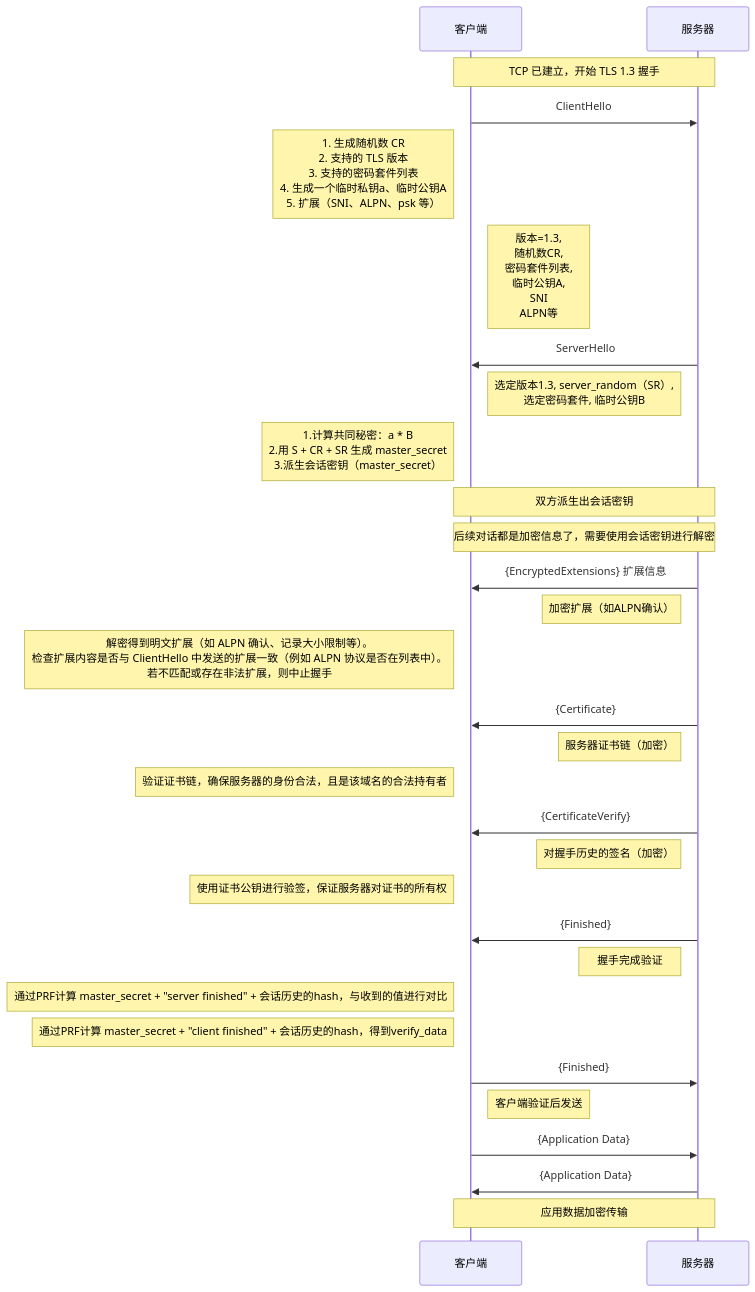
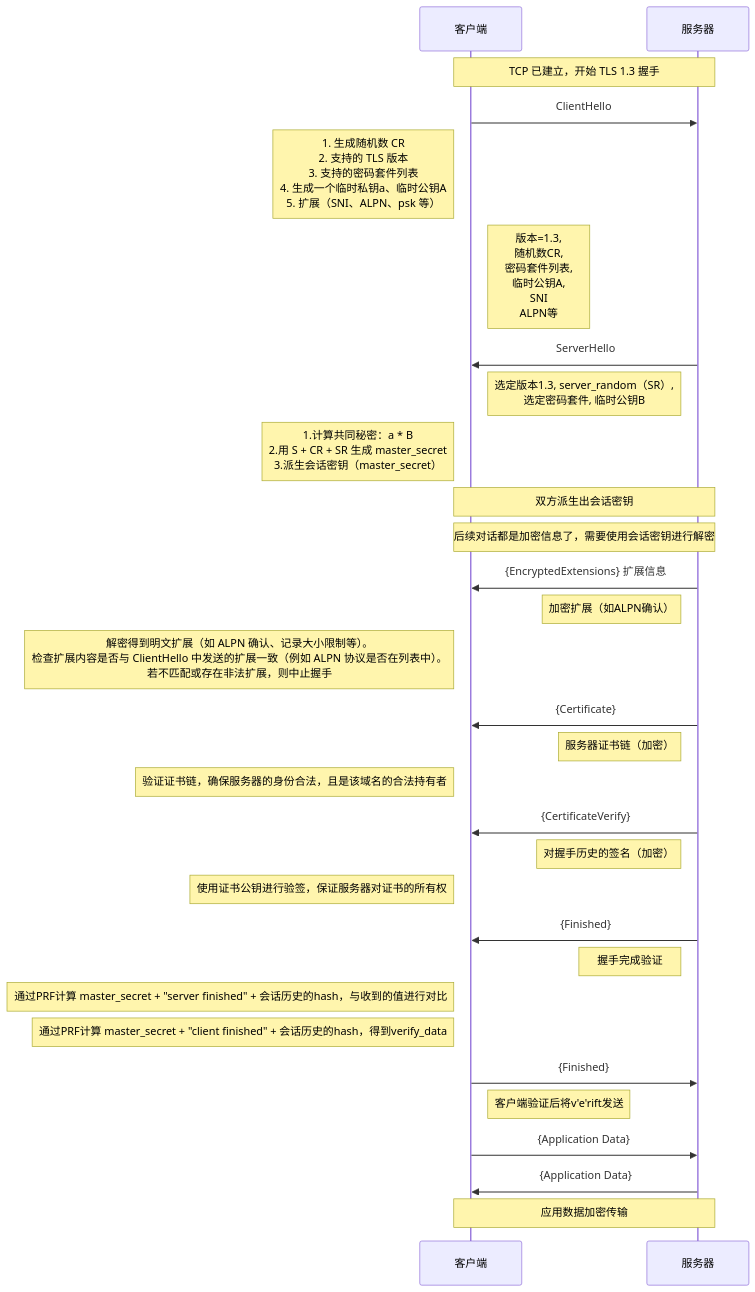
Before and after one commit to HY-10-8/iodraw-files: the diagram in all/TLS-1.3-通用.md, drawn with Mermaid.

Commit message:
2026-03-30 19:03:11 update

````diff
--- a/all/TLS-1.3-通用.md
+++ b/all/TLS-1.3-通用.md
@@ -1,42 +1,42 @@
 ```mermaid
 sequenceDiagram
     participant C as 客户端
     participant S as 服务器
 
     Note over C,S: TCP 已建立，开始 TLS 1.3 握手
 
     C->>S: ClientHello
     Note left of C: 1. 生成随机数 CR<br/> 2. 支持的 TLS 版本<br/> 3. 支持的密码套件列表<br/> 4. 生成一个临时私钥a、临时公钥A<br/> 5. 扩展（SNI、ALPN、psk 等）
     Note right of C: 版本=1.3,<br/> 随机数CR,<br/> 密码套件列表,<br/> 临时公钥A,<br/> SNI<br/> ALPN等
 
     S->>C: ServerHello
     Note left of S: 选定版本1.3, server_random（SR）,<br/> 选定密码套件, 临时公钥B
     Note left of C: 1.计算共同秘密：a * B<br/> 2.用 S + CR + SR 生成 master_secret<br/> 3.派生会话密钥（master_secret）
 
     Note over C,S: 双方派生出会话密钥
     Note over C,S: 后续对话都是加密信息了，需要使用会话密钥进行解密
 
     S->>C: {EncryptedExtensions} 扩展信息
     Note left of S: 加密扩展（如ALPN确认）
     Note left of C: 解密得到明文扩展（如 ALPN 确认、记录大小限制等）。<br/>检查扩展内容是否与 ClientHello 中发送的扩展一致（例如 ALPN 协议是否在列表中）。<br/> 若不匹配或存在非法扩展，则中止握手
 
     S->>C: {Certificate}
     Note left of S: 服务器证书链（加密）
     Note left of C: 验证证书链，确保服务器的身份合法，且是该域名的合法持有者
 
     S->>C: {CertificateVerify}
     Note left of S: 对握手历史的签名（加密）
     Note left of C: 使用证书公钥进行验签，保证服务器对证书的所有权
 
     S->>C: {Finished}
     Note left of S: 握手完成验证
     Note left of C: 通过PRF计算 master_secret + "server finished" + 会话历史的hash，与收到的值进行对比
     Note left of C: 通过PRF计算 master_secret + "client finished" + 会话历史的hash，得到verify_data
 
     C->>S: {Finished}
-    Note right of C: 客户端验证后发送
+    Note right of C: 客户端验证后将v'e'rift发送
 
     C->>S: {Application Data}
     S->>C: {Application Data}
     Note over C,S: 应用数据加密传输
 ```
````
